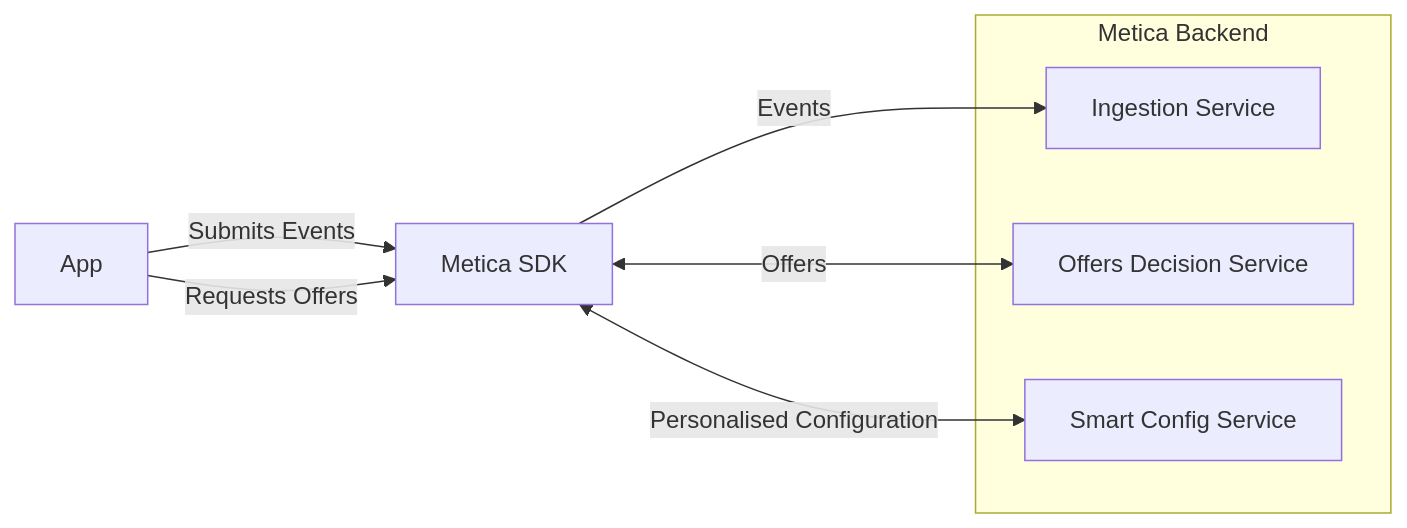
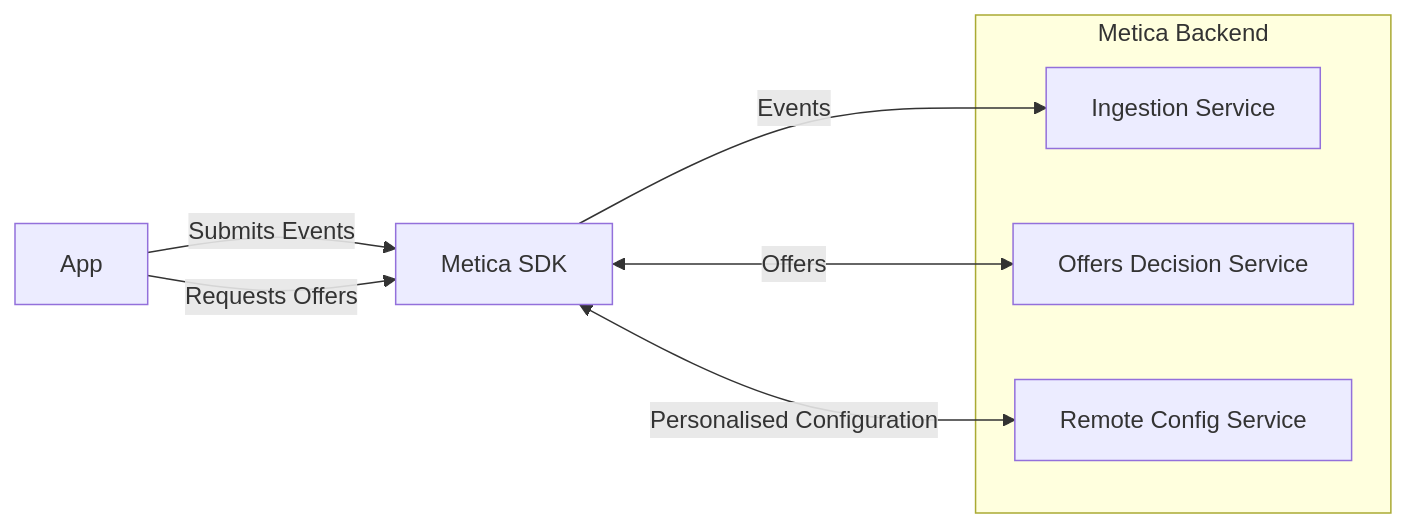
The diagram in README.md (meticalabs/metica-unity-sdk), drawn with Mermaid before and after one commit. The commit also changed other lines of this file and 159 other files, not shown here.

````diff
--- a/README.md
+++ b/README.md
@@ -17,12 +17,12 @@
 ```mermaid
 graph LR
     App -- Submits Events --> SDK[Metica SDK] -- Events --> Ingestion
     App -- Requests Offers --> SDK
     SDK <-- Offers --> ODS
-    SDK <-- Personalised Configuration --> SmartConfig
+    SDK <-- Personalised Configuration --> RemoteConfig
     subgraph Metica Backend
         Ingestion[Ingestion Service]
         ODS[Offers Decision Service]
-        SmartConfig[Smart Config Service]
+        RemoteConfig[Remote Config Service]
     end
 ```
````
